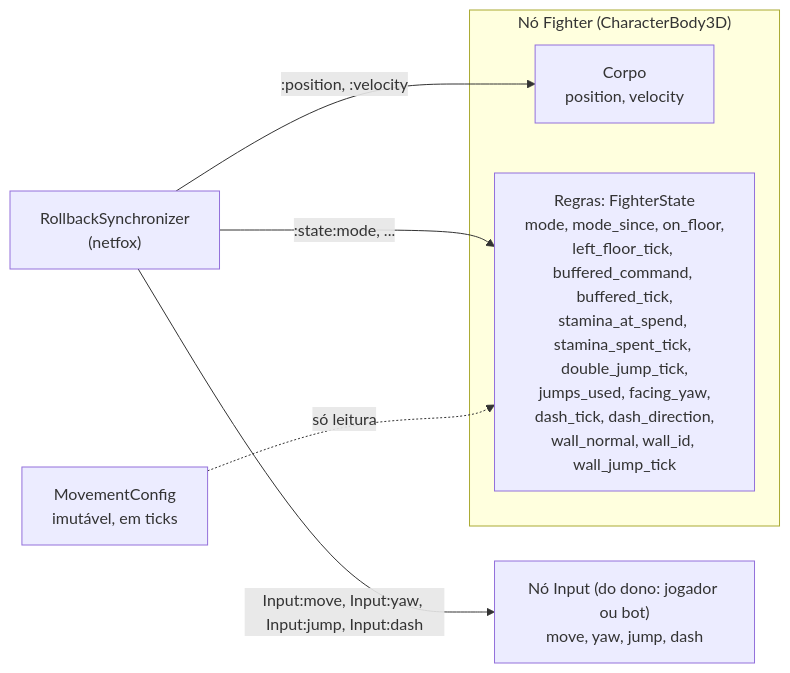
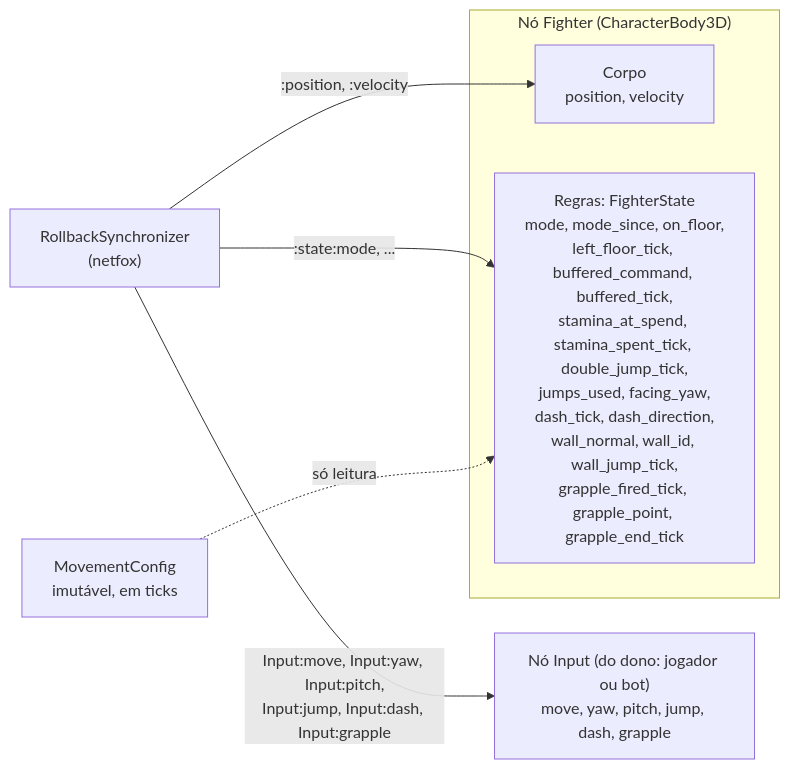
The second of 5 diagrams in docs/arquitetura/visao-geral.md (Kibryant/jogo-acrobatico), drawn with Mermaid before and after one commit. The commit also changed other lines of this file and 5 other files, not shown here.

````diff
--- a/docs/arquitetura/visao-geral.md
+++ b/docs/arquitetura/visao-geral.md
@@ -76,14 +76,14 @@
 ```mermaid
 flowchart LR
   subgraph fighter["Nó Fighter (CharacterBody3D)"]
     corpo["Corpo<br/>position, velocity"]
-    regras["Regras: FighterState<br/>mode, mode_since, on_floor,<br/>left_floor_tick, buffered_command, buffered_tick,<br/>stamina_at_spend, stamina_spent_tick, double_jump_tick,<br/>jumps_used, facing_yaw,<br/>dash_tick, dash_direction,<br/>wall_normal, wall_id, wall_jump_tick"]
+    regras["Regras: FighterState<br/>mode, mode_since, on_floor,<br/>left_floor_tick, buffered_command, buffered_tick,<br/>stamina_at_spend, stamina_spent_tick, double_jump_tick,<br/>jumps_used, facing_yaw,<br/>dash_tick, dash_direction,<br/>wall_normal, wall_id, wall_jump_tick,<br/>grapple_fired_tick, grapple_point, grapple_end_tick"]
   end
-  input["Nó Input (do dono: jogador ou bot)<br/>move, yaw, jump, dash"]
+  input["Nó Input (do dono: jogador ou bot)<br/>move, yaw, pitch, jump, dash, grapple"]
   config["MovementConfig<br/>imutável, em ticks"]
   rbs["RollbackSynchronizer<br/>(netfox)"]
   rbs -- ":position, :velocity" --> corpo
   rbs -- ":state:mode, ..." --> regras
-  rbs -- "Input:move, Input:yaw, Input:jump, Input:dash" --> input
+  rbs -- "Input:move, Input:yaw, Input:pitch,<br/>Input:jump, Input:dash, Input:grapple" --> input
   config -. "só leitura" .-> regras
 ```
````
